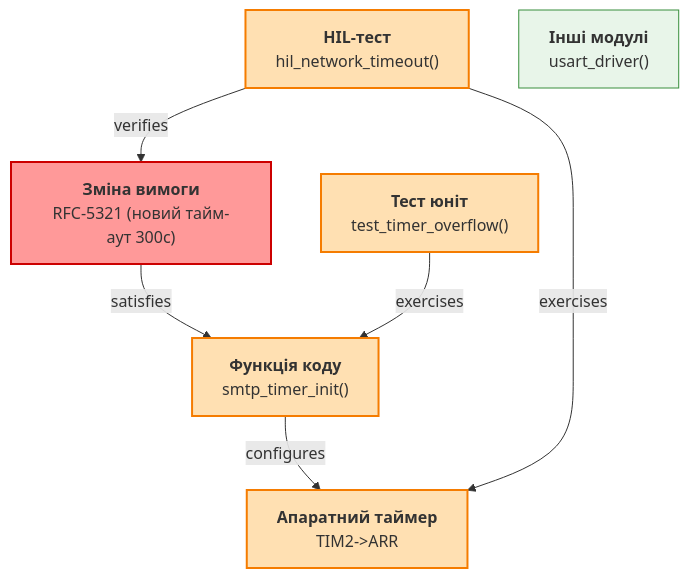
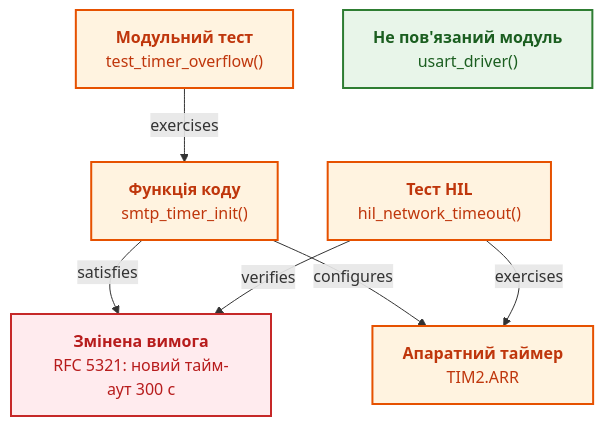
The fifth of 7 diagrams in ExpertSystem/ch09-engineering-knowledge-graph-traceability.md (nick-fedchik/articles), drawn with Mermaid before and after one commit. The commit also changed other lines of this file, not shown here.

Commit message:
docs(ch09): restructure engineering knowledge graph chapter, fixed gap/untraced/impact formulas, runnable Go bootstrap, verified sources

````diff
--- a/ExpertSystem/ch09-engineering-knowledge-graph-traceability.md
+++ b/ExpertSystem/ch09-engineering-knowledge-graph-traceability.md
@@ -415,22 +374,26 @@
 ```mermaid
 flowchart TD
-    accTitle: Поширення впливу змін у графі EKG
-    accDescr: Приклад поширення хвилі змін від оновленого пункту стандарту через код і апаратуру до конкретних тестів.
+    accTitle: Поширення впливу зміни в інженерному графі
+    accDescr: Зміна вимоги щодо тайм-ауту поширюється на функцію коду, апаратний таймер і два тести, а не пов'язаний драйвер лишається поза зоною впливу.
 
-    NormChange["<b>Зміна вимоги</b><br/>RFC-5321 (новий тайм-аут 300с)"]:::changed
-    CodeFn["<b>Функція коду</b><br/>smtp_timer_init()"]:::impacted
-    HwReg["<b>Апаратний таймер</b><br/>TIM2->ARR"]:::impacted
-    Test1["<b>Тест юніт</b><br/>test_timer_overflow()"]:::impacted
-    Test2["<b>HIL-тест</b><br/>hil_network_timeout()"]:::impacted
-    Unrelated["<b>Інші модулі</b><br/>usart_driver()"]:::clean
+    NormChange["<b>Змінена вимога</b><br/>RFC 5321: новий тайм-аут 300 с"]
+    CodeFn["<b>Функція коду</b><br/>smtp_timer_init()"]
+    HwReg["<b>Апаратний таймер</b><br/>TIM2.ARR"]
+    Test1["<b>Модульний тест</b><br/>test_timer_overflow()"]
+    Test2["<b>Тест HIL</b><br/>hil_network_timeout()"]
+    Unrelated["<b>Не пов'язаний модуль</b><br/>usart_driver()"]
 
-    NormChange -->|satisfies| CodeFn
-    CodeFn -->|configures| HwReg
-    Test1 -->|exercises| CodeFn
-    Test2 -->|verifies| NormChange
-    Test2 -->|exercises| HwReg
+    CodeFn -->|"satisfies"| NormChange
+    CodeFn -->|"configures"| HwReg
+    Test1 -->|"exercises"| CodeFn
+    Test2 -->|"verifies"| NormChange
+    Test2 -->|"exercises"| HwReg
 
-    classDef changed fill:#ff9999,stroke:#cc0000,stroke-width:2px;
-    classDef impacted fill:#ffe0b2,stroke:#f57c00,stroke-width:2px;
-    classDef clean fill:#e8f5e9,stroke:#388e3c,stroke-width:1px;
+    classDef changed fill:#ffebee,stroke:#c62828,stroke-width:2px,color:#b71c1c;
+    classDef impacted fill:#fff3e0,stroke:#e65100,stroke-width:2px,color:#bf360c;
+    classDef clean fill:#e8f5e9,stroke:#2e7d32,stroke-width:2px,color:#1b5e20;
+
+    class NormChange changed;
+    class CodeFn,HwReg,Test1,Test2 impacted;
+    class Unrelated clean;
 ```
````
